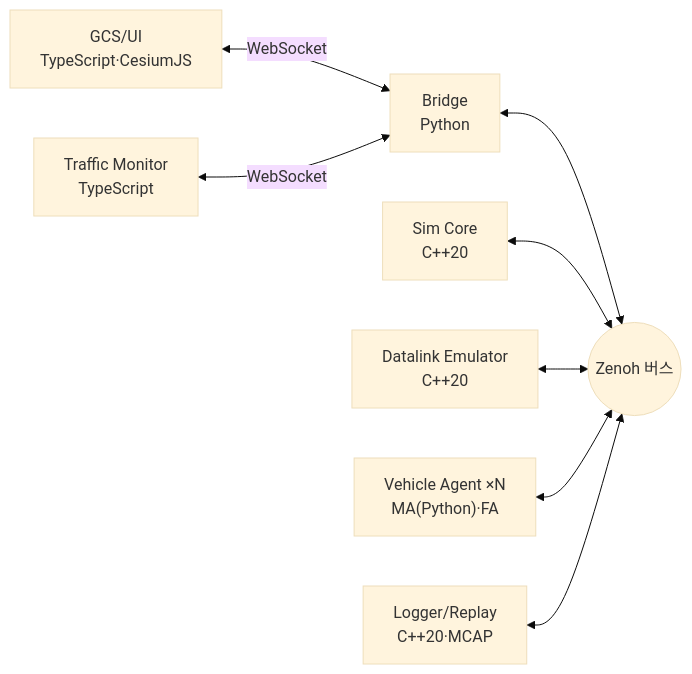
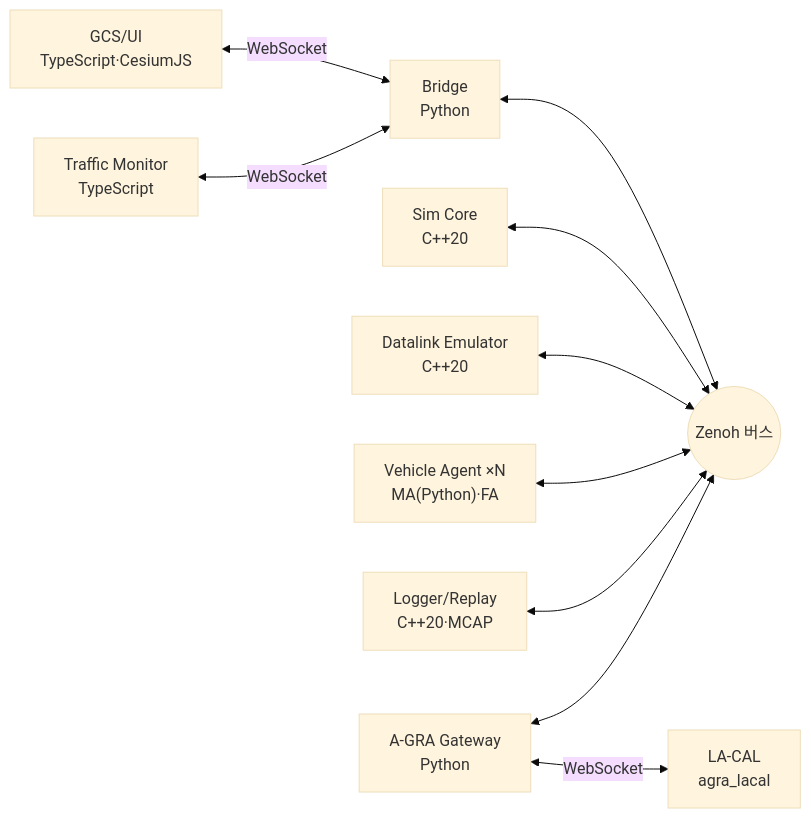
The diagram in README.md (Kimbyung-wook/SwarmFlSim), drawn with Mermaid (base theme) before and after one commit. The commit also changed other lines of this file and 7 other files, not shown here.

````diff
--- a/README.md
+++ b/README.md
@@ -28,10 +33,12 @@
 ```mermaid
 flowchart LR
     UI["GCS/UI<br/>TypeScript·CesiumJS"] <-->|WebSocket| BR["Bridge<br/>Python"]
     MON["Traffic Monitor<br/>TypeScript"] <-->|WebSocket| BR
     BR <--> BUS(("Zenoh 버스"))
     CORE["Sim Core<br/>C++20"] <--> BUS
     DL["Datalink Emulator<br/>C++20"] <--> BUS
     AG["Vehicle Agent ×N<br/>MA(Python)·FA"] <--> BUS
     LG["Logger/Replay<br/>C++20·MCAP"] <--> BUS
+    GW["A-GRA Gateway<br/>Python"] <--> BUS
+    GW <-->|WebSocket| CAL["LA-CAL<br/>agra_lacal"]
 ```
````
